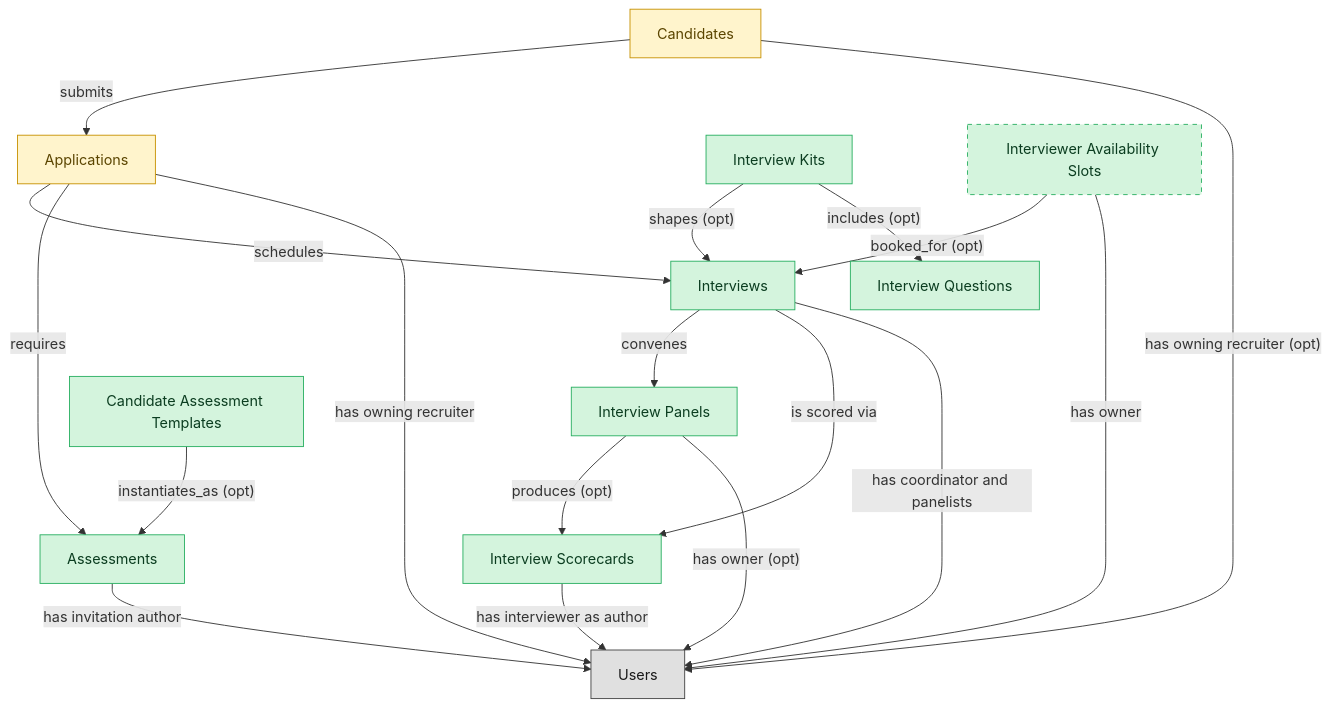
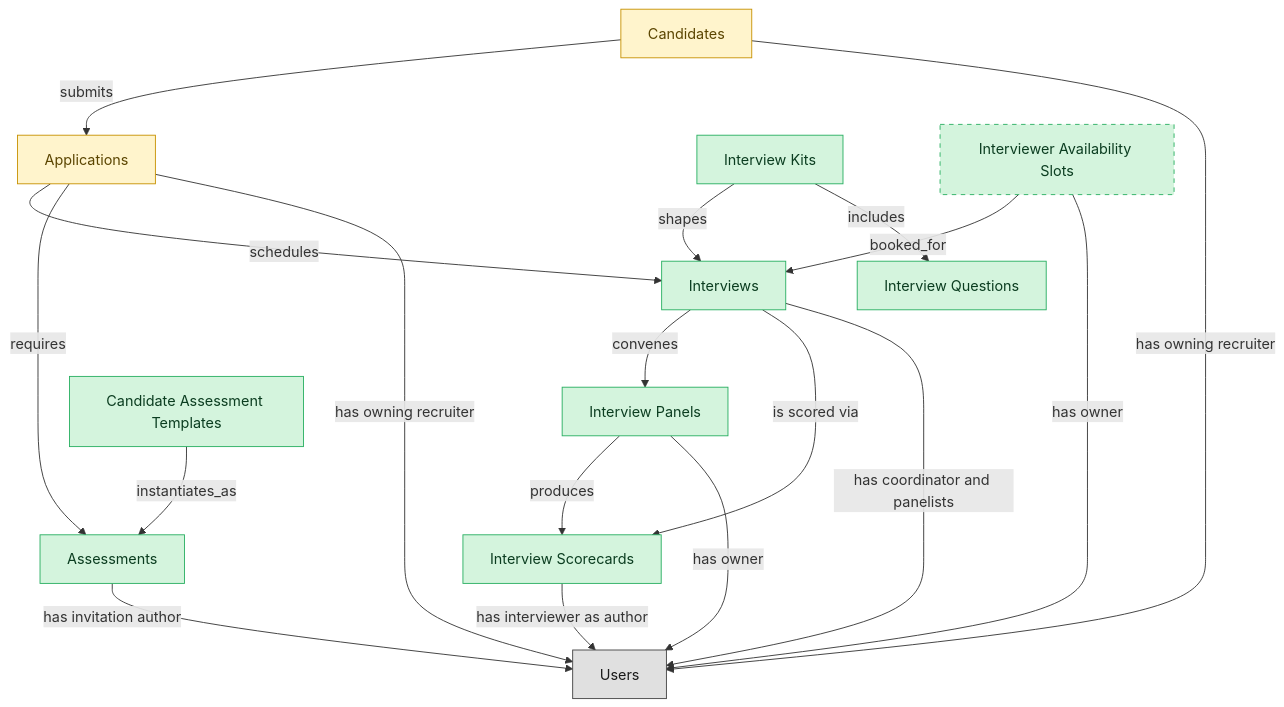
One commit to IntranetFactory/domain-map changed the diagram in catalog/blueprints/ats-interviews-semantic-blueprint.md. Above: the diagram before and after it, drawn with Mermaid. The commit also changed other lines of this file and 18 other files, not shown here.

````diff
--- a/catalog/blueprints/ats-interviews-semantic-blueprint.md
+++ b/catalog/blueprints/ats-interviews-semantic-blueprint.md
@@ -39,46 +39,46 @@
 ```mermaid
 flowchart TD
   classDef master fill:#d4f4dd,stroke:#27ae60,color:#0b3d20;
   classDef embedded_master fill:#fff4cc,stroke:#c79100,color:#5b4500;
   classDef platform_builtin fill:#e0e0e0,stroke:#424242,color:#1a1a1a;
   interviews["Interviews"]
   interview_scorecards["Interview Scorecards"]
   candidates["Candidates"]
   job_applications["Applications"]
   candidate_assessments["Assessments"]
   interview_kits["Interview Kits"]
   interview_panels["Interview Panels"]
   candidate_assessment_templates["Candidate Assessment Templates"]
   interview_questions["Interview Questions"]
   interviewer_availability_slots["Interviewer Availability Slots"]
   users["Users"]
-  interview_kits -->|"shapes (opt)"| interviews
-  interview_kits -->|"includes (opt)"| interview_questions
+  interview_kits -->|"shapes"| interviews
+  interview_kits -->|"includes"| interview_questions
   interviews -->|"convenes"| interview_panels
-  interview_panels -->|"produces (opt)"| interview_scorecards
-  candidate_assessment_templates -->|"instantiates_as (opt)"| candidate_assessments
-  interviewer_availability_slots -->|"booked_for (opt)"| interviews
+  interview_panels -->|"produces"| interview_scorecards
+  candidate_assessment_templates -->|"instantiates_as"| candidate_assessments
+  interviewer_availability_slots -->|"booked_for"| interviews
   candidates -->|"submits"| job_applications
   job_applications -->|"schedules"| interviews
   interviews -->|"is scored via"| interview_scorecards
   job_applications -->|"requires"| candidate_assessments
-  candidates -->|"has owning recruiter (opt)"| users
+  candidates -->|"has owning recruiter"| users
   candidate_assessments -->|"has invitation author"| users
   interviewer_availability_slots -->|"has owner"| users
-  interview_panels -->|"has owner (opt)"| users
+  interview_panels -->|"has owner"| users
   job_applications -->|"has owning recruiter"| users
   interviews -->|"has coordinator and panelists"| users
   interview_scorecards -->|"has interviewer as author"| users
   class interviews master;
   class interview_scorecards master;
   class candidates embedded_master;
   class job_applications embedded_master;
   class candidate_assessments master;
   class interview_kits master;
   class interview_panels master;
   class candidate_assessment_templates master;
   class interview_questions master;
   class interviewer_availability_slots master;
   class users platform_builtin;
   style interviewer_availability_slots stroke-dasharray:5 5;
 ```
````
